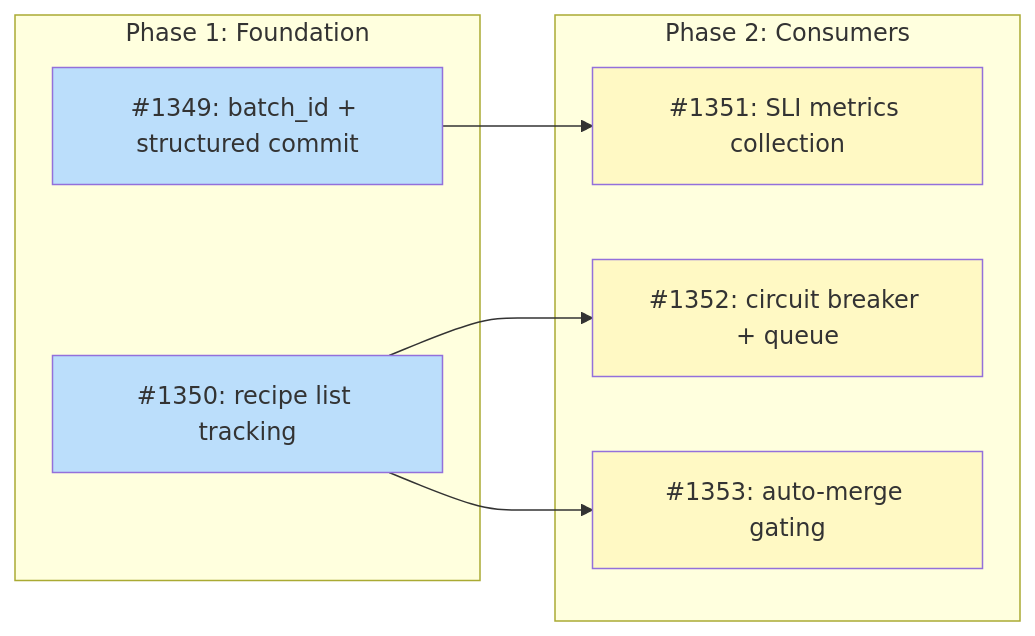
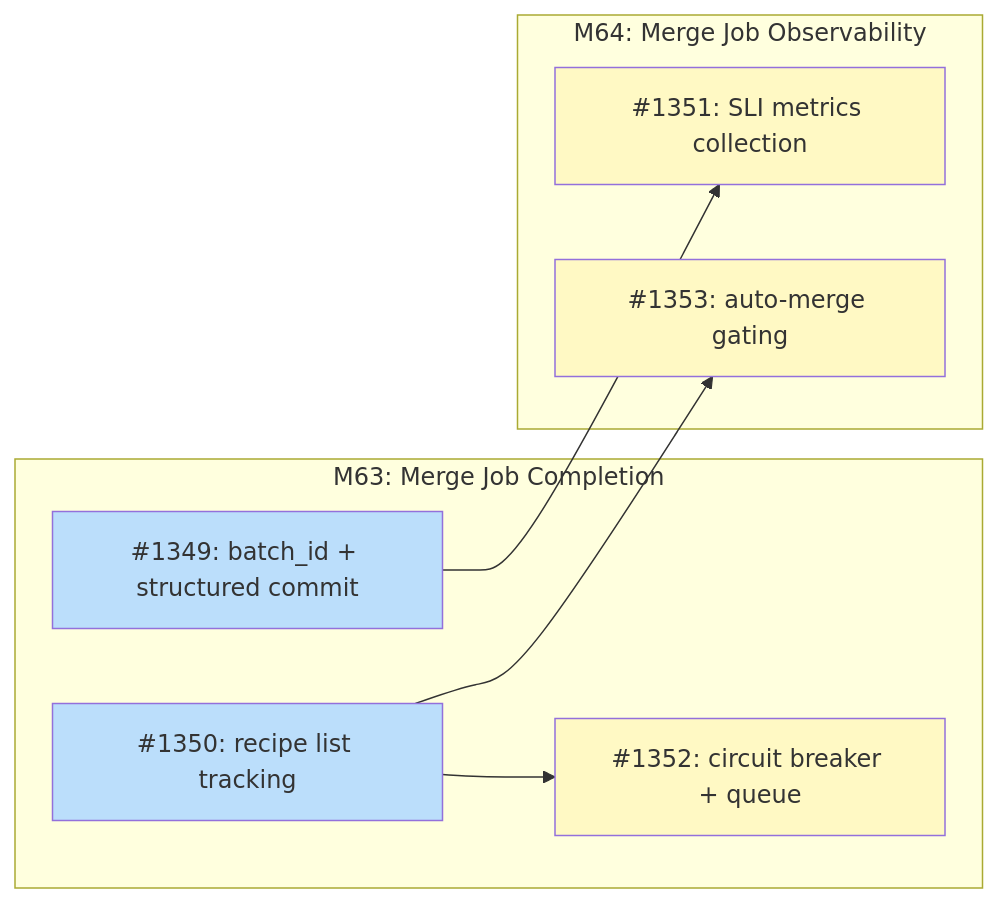
Before and after one commit to tsukumogami/tsuku: the diagram in docs/designs/DESIGN-merge-job-completion.md, drawn with Mermaid. The commit also changed other lines of this file and 1 other file, not shown here.

First line of the commit message:
docs(design): split merge job milestones into core and observability (#1370)

````diff
--- a/docs/designs/DESIGN-merge-job-completion.md
+++ b/docs/designs/DESIGN-merge-job-completion.md
@@ -36,25 +45,25 @@
 ```mermaid
 graph LR
-    subgraph Phase1["Phase 1: Foundation"]
+    subgraph M63["M63: Merge Job Completion"]
         I1349["#1349: batch_id + structured commit"]
         I1350["#1350: recipe list tracking"]
+        I1352["#1352: circuit breaker + queue"]
     end
 
-    subgraph Phase2["Phase 2: Consumers"]
+    subgraph M64["M64: Merge Job Observability"]
         I1351["#1351: SLI metrics collection"]
-        I1352["#1352: circuit breaker + queue"]
         I1353["#1353: auto-merge gating"]
     end
 
+    I1350 --> I1352
     I1349 --> I1351
-    I1350 --> I1352
     I1350 --> I1353
 
     classDef done fill:#c8e6c9
     classDef ready fill:#bbdefb
     classDef blocked fill:#fff9c4
     classDef needsDesign fill:#e1bee7
 
     class I1349,I1350 ready
     class I1351,I1352,I1353 blocked
 ```
````
